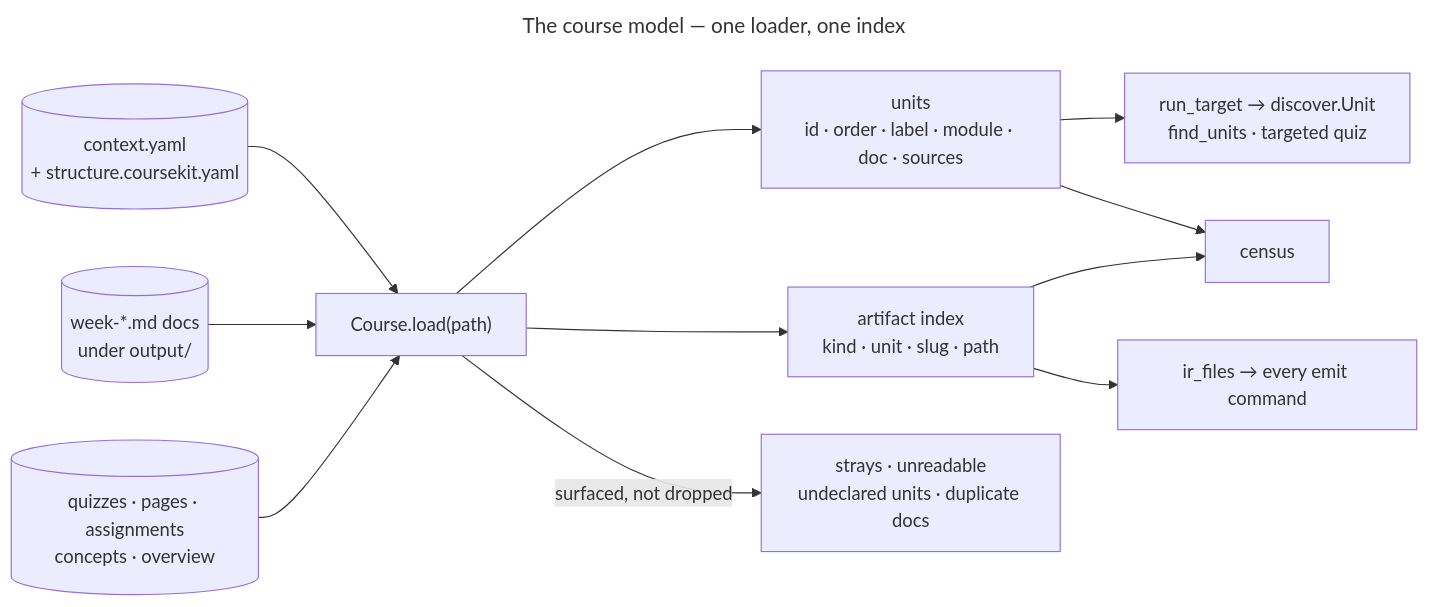
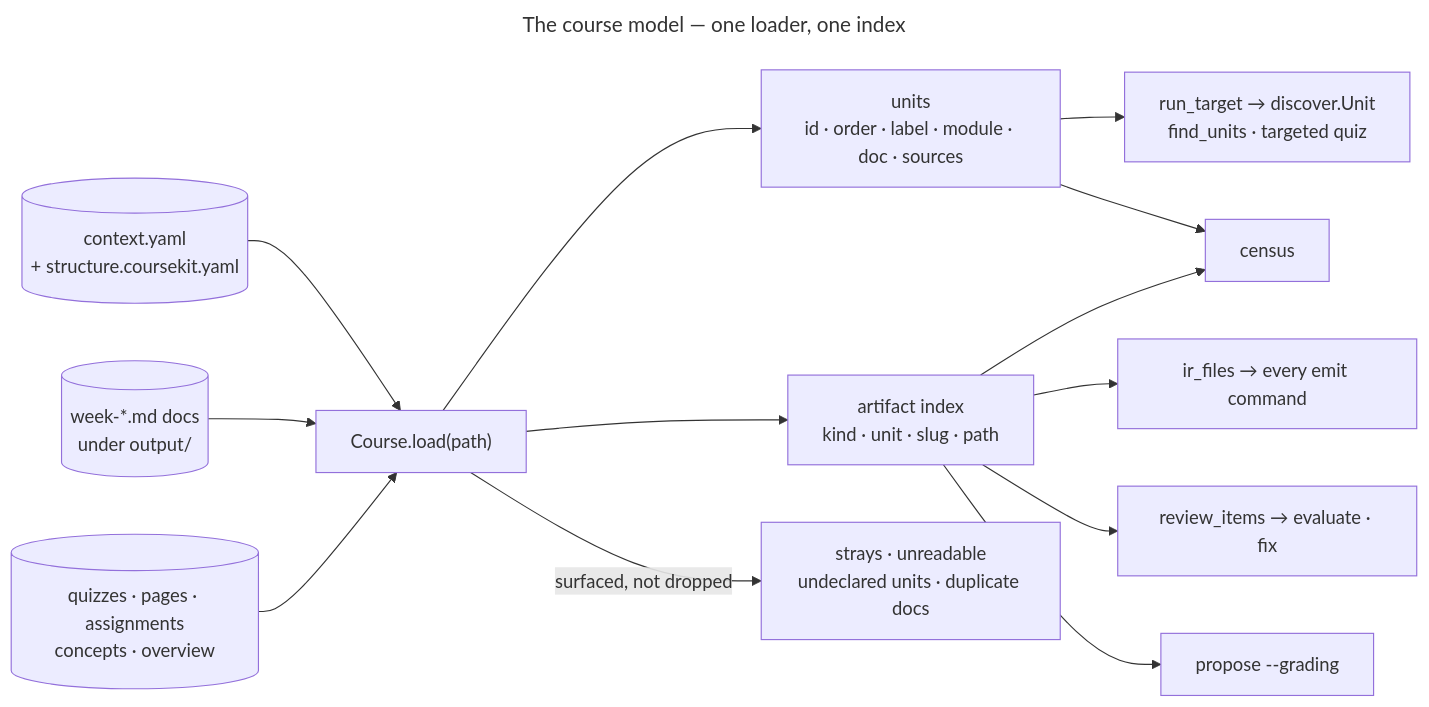
Before and after one commit to andrew-atkinson/courseKit: the first of 3 diagrams in agent/architecture.md, drawn with Mermaid. The commit also changed other lines of this file and 8 other files, not shown here.

Commit message:
feat: CORE-2 updates — integrate review items into evaluate and fix processes; enhance grading proposal logic.

````diff
--- a/agent/architecture.md
+++ b/agent/architecture.md
@@ -41,16 +41,18 @@
 ```mermaid
 ---
 title: The course model — one loader, one index
 ---
 flowchart LR
     ctx3[("context.yaml<br/>+ structure.coursekit.yaml")] --> load["Course.load(path)"]
     docs3[("week-*.md docs<br/>under output/")] --> load
     irs[("quizzes · pages · assignments<br/>concepts · overview")] --> load
     load --> units["units<br/>id · order · label · module · doc · sources"]
     load --> idx["artifact index<br/>kind · unit · slug · path"]
     load -- "surfaced, not dropped" --> warn["strays · unreadable<br/>undeclared units · duplicate docs"]
     units --> rt["run_target → discover.Unit<br/>find_units · targeted quiz"]
     units --> cen3["census"]
     idx --> cen3
     idx --> ir3["ir_files → every emit command"]
+    idx --> rv3["review_items → evaluate · fix"]
+    idx --> pg3["propose#nbsp;--grading"]
 ```
````
